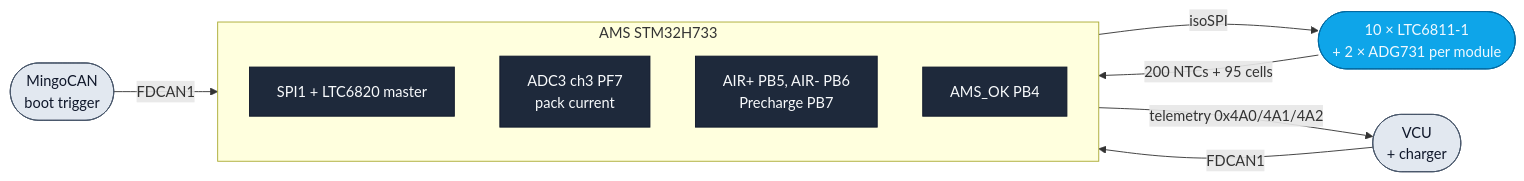
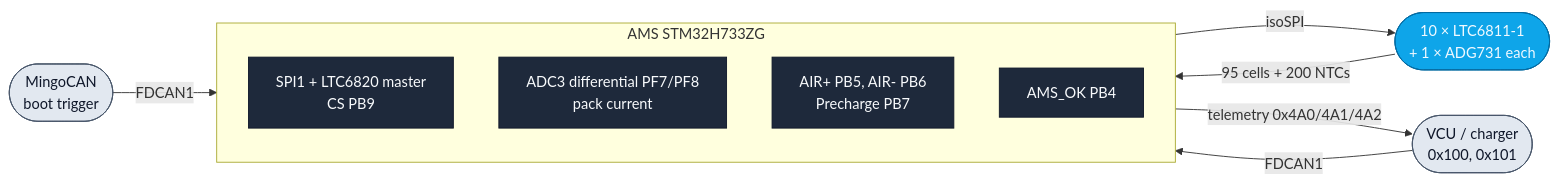
The first of 2 diagrams in README.md (isc-fs/IFS08-CE-AMS), drawn with Mermaid before and after one commit. The commit also changed other lines of this file and 13 other files, not shown here.

````diff
--- a/README.md
+++ b/README.md
@@ -31,24 +60,24 @@
 ```mermaid
 flowchart LR
-    VCU([VCU<br/>+ charger]) -- FDCAN1 --> AMS
+    VCU([VCU / charger<br/>0x100, 0x101]) -- FDCAN1 --> AMS
     BENCH([MingoCAN<br/>boot trigger]) -- FDCAN1 --> AMS
 
-    subgraph AMS[AMS STM32H733]
-        SPI[SPI1 + LTC6820 master]
-        ADC[ADC3 ch3 PF7<br/>pack current]
+    subgraph AMS[AMS STM32H733ZG]
+        SPI[SPI1 + LTC6820 master<br/>CS PB9]
+        ADC[ADC3 differential PF7/PF8<br/>pack current]
         Relays[AIR+ PB5, AIR- PB6<br/>Precharge PB7]
         AmsOk[AMS_OK PB4]
     end
 
-    AMS -- "isoSPI" --> Chain([10 × LTC6811-1<br/>+ 2 × ADG731 per module])
-    Chain -- "200 NTCs + 95 cells" --> AMS
+    AMS -- "isoSPI" --> Chain([10 × LTC6811-1<br/>+ 1 × ADG731 each])
+    Chain -- "95 cells + 200 NTCs" --> AMS
 
     AMS -- "telemetry 0x4A0/4A1/4A2" --> VCU
 
     classDef ext  fill:#e2e8f0,stroke:#475569,color:#0f172a
     classDef hw   fill:#1e293b,stroke:#0f172a,color:#f8fafc
     classDef bus  fill:#0ea5e9,stroke:#0369a1,color:#f0f9ff
     class VCU,BENCH ext
     class SPI,ADC,Relays,AmsOk hw
     class Chain bus
 ```
````
